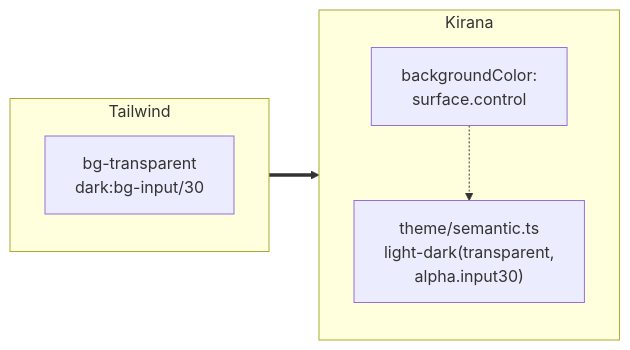
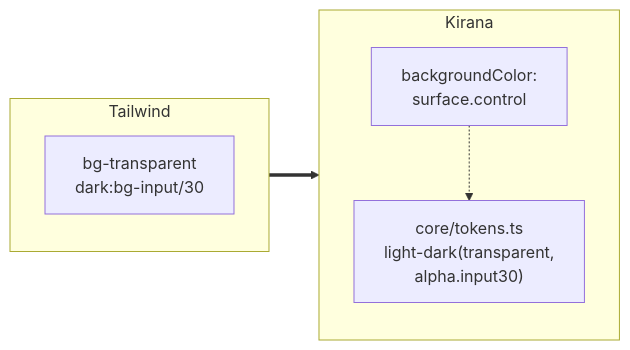
One commit to kirana-style/kirana-ui changed the fourth of 6 diagrams in docs/architecture.md. Above: the diagram before and after it, drawn with Mermaid. The commit also changed other lines of this file and 677 other files, not shown here.

````diff
--- a/docs/architecture.md
+++ b/docs/architecture.md
@@ -150,12 +142,12 @@
 ```mermaid
 flowchart LR
     subgraph before["Tailwind"]
         X["bg-transparent<br/>dark:bg-input/30"]
     end
     subgraph after["Kirana"]
         Y["backgroundColor:<br/>surface.control"]
-        Z["theme/semantic.ts<br/>light-dark(transparent,<br/>alpha.input30)"]
+        Z["core/tokens.ts<br/>light-dark(transparent,<br/>alpha.input30)"]
         Y -.-> Z
     end
     before ==> after
 ```
````
